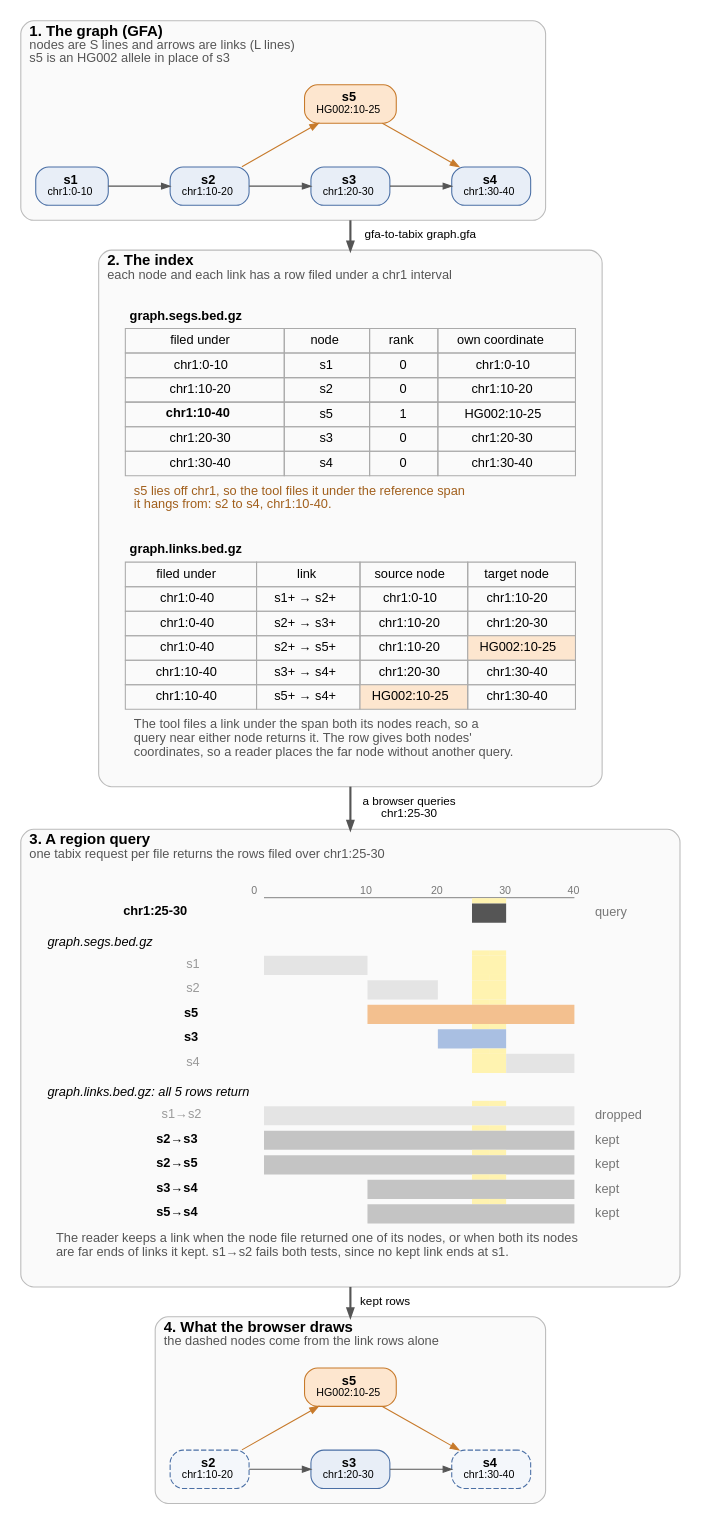
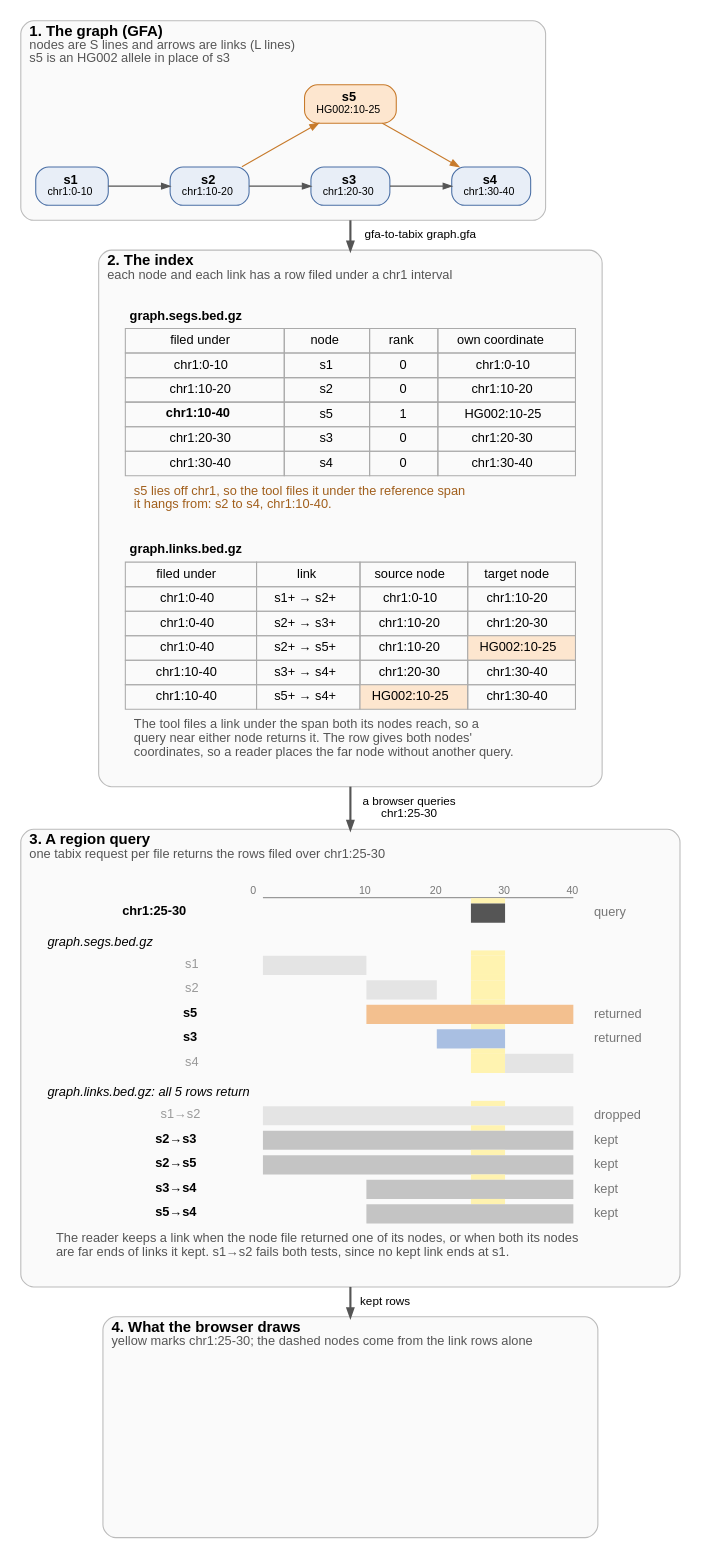
Before and after one commit to GMOD/gfa-to-tabix: the diagram in docs/figures/overview-detail.dot, drawn with Graphviz. The commit also changed 4 other files, not shown here.

```diff
--- a/docs/figures/overview-detail.dot
+++ b/docs/figures/overview-detail.dot
@@ -1,126 +1,117 @@
 // scripts/figures.py fills the marked rows from the tool's output and draws this figure
 digraph overview {
   bgcolor="white"
   fontname="Helvetica"
   newrank=true
   compound=true
   nodesep=0.4
   ranksep=0.55
   node [fontname="Helvetica", fontsize=12, shape=box, style="filled,rounded", fillcolor="#e8eef7", color="#4a6fa5", margin="0.15,0.06"]
   edge [fontname="Helvetica", fontsize=11, color="#555555", arrowsize=0.8]
 
   subgraph {
     graph [labeljust=l, fontsize=14, color="#bbbbbb", style="rounded,filled", fillcolor="#fafafa", margin=14]
 
     subgraph cluster_graph {
       label=<<B>1. The graph (GFA)</B><BR ALIGN="LEFT"/><FONT POINT-SIZE="12" COLOR="#555555">nodes are S lines and arrows are links (L lines)</FONT><BR ALIGN="LEFT"/><FONT POINT-SIZE="12" COLOR="#555555">s5 is an HG002 allele in place of s3</FONT><BR ALIGN="LEFT"/>>
       // begin graph
       s1 [label=<<B>s1</B><BR/><FONT POINT-SIZE="10">chr1:0-10</FONT>>]
       s2 [label=<<B>s2</B><BR/><FONT POINT-SIZE="10">chr1:10-20</FONT>>]
       s3 [label=<<B>s3</B><BR/><FONT POINT-SIZE="10">chr1:20-30</FONT>>]
       s4 [label=<<B>s4</B><BR/><FONT POINT-SIZE="10">chr1:30-40</FONT>>]
       s5 [label=<<B>s5</B><BR/><FONT POINT-SIZE="10">HG002:10-25</FONT>>, fillcolor="#fde6cf", color="#c77a2b"]
       {rank=same; s1; s2; s3; s4}
       s1 -> s2 [weight=20]
       s2 -> s3 [weight=20]
       s2 -> s5 [color="#c77a2b", constraint=false]
       s3 -> s4 [weight=20]
       s5 -> s4 [color="#c77a2b", constraint=false]
       s5 -> s3 [style=invis, weight=20]
       // end graph
     }
 
     subgraph cluster_files {
       label=<<B>2. The index</B><BR ALIGN="LEFT"/><FONT POINT-SIZE="12" COLOR="#555555">each node and each link has a row filed under a chr1 interval</FONT><BR ALIGN="LEFT"/>>
       rows [shape=plaintext, style="", label=<
         <TABLE BORDER="0" CELLBORDER="0" CELLSPACING="0" CELLPADDING="0"><TR><TD><TABLE BORDER="0" CELLBORDER="1" CELLSPACING="0" CELLPADDING="4" COLOR="#aaaaaa">
           <TR><TD COLSPAN="4" BORDER="0" ALIGN="LEFT"><B>graph.segs.bed.gz</B></TD></TR>
           <TR BGCOLOR="#dddddd"><TD>filed under</TD><TD>node</TD><TD>rank</TD><TD>own coordinate</TD></TR>
           <!-- begin segs -->
           <TR BGCOLOR="#e8eef7"><TD>chr1:0-10</TD><TD>s1</TD><TD>0</TD><TD>chr1:0-10</TD></TR>
           <TR BGCOLOR="#e8eef7"><TD>chr1:10-20</TD><TD>s2</TD><TD>0</TD><TD>chr1:10-20</TD></TR>
           <TR BGCOLOR="#fde6cf"><TD><B>chr1:10-40</B></TD><TD>s5</TD><TD>1</TD><TD>HG002:10-25</TD></TR>
           <TR BGCOLOR="#e8eef7"><TD>chr1:20-30</TD><TD>s3</TD><TD>0</TD><TD>chr1:20-30</TD></TR>
           <TR BGCOLOR="#e8eef7"><TD>chr1:30-40</TD><TD>s4</TD><TD>0</TD><TD>chr1:30-40</TD></TR>
           <!-- end segs -->
           <!-- begin segs-caption -->
           <TR><TD BORDER="0" CELLPADDING="8" COLSPAN="4" ALIGN="LEFT" BALIGN="LEFT"><FONT POINT-SIZE="12" COLOR="#a15f1c">s5 lies off chr1, so the tool files it under the reference span<BR/>it hangs from: s2 to s4, chr1:10-40.</FONT></TD></TR>
           <!-- end segs-caption -->
         </TABLE></TD></TR>
         <TR><TD HEIGHT="18"></TD></TR>
         <TR><TD><TABLE BORDER="0" CELLBORDER="1" CELLSPACING="0" CELLPADDING="4" COLOR="#aaaaaa">
           <TR><TD COLSPAN="4" BORDER="0" ALIGN="LEFT"><B>graph.links.bed.gz</B></TD></TR>
           <TR BGCOLOR="#dddddd"><TD>filed under</TD><TD>link</TD><TD>source node</TD><TD>target node</TD></TR>
           <!-- begin links -->
           <TR BGCOLOR="#f2f2f2"><TD>chr1:0-40</TD><TD>s1+ → s2+</TD><TD>chr1:0-10</TD><TD>chr1:10-20</TD></TR>
           <TR BGCOLOR="#f2f2f2"><TD>chr1:0-40</TD><TD>s2+ → s3+</TD><TD>chr1:10-20</TD><TD>chr1:20-30</TD></TR>
           <TR BGCOLOR="#f2f2f2"><TD>chr1:0-40</TD><TD>s2+ → s5+</TD><TD>chr1:10-20</TD><TD BGCOLOR="#fde6cf">HG002:10-25</TD></TR>
           <TR BGCOLOR="#f2f2f2"><TD>chr1:10-40</TD><TD>s3+ → s4+</TD><TD>chr1:20-30</TD><TD>chr1:30-40</TD></TR>
           <TR BGCOLOR="#f2f2f2"><TD>chr1:10-40</TD><TD>s5+ → s4+</TD><TD BGCOLOR="#fde6cf">HG002:10-25</TD><TD>chr1:30-40</TD></TR>
           <!-- end links -->
           <TR><TD COLSPAN="4" BORDER="0" CELLPADDING="8" ALIGN="LEFT" BALIGN="LEFT"><FONT POINT-SIZE="12" COLOR="#555555">The tool files a link under the span both its nodes reach, so a<BR/>query near either node returns it. The row gives both nodes'<BR/>coordinates, so a reader places the far node without another query.</FONT></TD></TR>
         </TABLE></TD></TR></TABLE>>]
     }
 
     subgraph cluster_query {
       label=<<B>3. A region query</B><BR ALIGN="LEFT"/><FONT POINT-SIZE="12" COLOR="#555555">one tabix request per file returns the rows filed over chr1:25-30</FONT><BR ALIGN="LEFT"/>>
       hits [shape=plaintext, style="", label=<
         <TABLE BORDER="0" CELLBORDER="0" CELLSPACING="0" CELLPADDING="0">
           <!-- begin lanes -->
           <TR><TD></TD><TD WIDTH="16"></TD><TD WIDTH="16"></TD><TD WIDTH="16"></TD><TD WIDTH="16"></TD><TD WIDTH="16"></TD><TD WIDTH="16"></TD><TD WIDTH="16"></TD><TD WIDTH="16"></TD><TD WIDTH="16"></TD><TD WIDTH="16"></TD><TD WIDTH="16"></TD><TD WIDTH="16"></TD><TD WIDTH="16"></TD><TD WIDTH="16"></TD><TD WIDTH="16"></TD><TD WIDTH="16"></TD><TD WIDTH="16"></TD><TD WIDTH="16"></TD><TD></TD></TR>
           <TR><TD></TD><TD COLSPAN="2"><FONT POINT-SIZE="10" COLOR="#777777">0</FONT></TD><TD COLSPAN="2"></TD><TD COLSPAN="2"><FONT POINT-SIZE="10" COLOR="#777777">10</FONT></TD><TD COLSPAN="2"></TD><TD COLSPAN="2"><FONT POINT-SIZE="10" COLOR="#777777">20</FONT></TD><TD COLSPAN="2"></TD><TD COLSPAN="2"><FONT POINT-SIZE="10" COLOR="#777777">30</FONT></TD><TD COLSPAN="2"></TD><TD COLSPAN="2"><FONT POINT-SIZE="10" COLOR="#777777">40</FONT></TD><TD></TD></TR>
           <TR><TD HEIGHT="1"></TD><TD></TD><TD COLSPAN="16" BGCOLOR="#999999"></TD><TD></TD><TD></TD></TR>
           <TR><TD HEIGHT="5"></TD><TD></TD><TD></TD><TD></TD><TD></TD><TD></TD><TD></TD><TD></TD><TD></TD><TD></TD><TD></TD><TD></TD><TD BGCOLOR="#fff3b0"></TD><TD BGCOLOR="#fff3b0"></TD><TD></TD><TD></TD><TD></TD><TD></TD><TD></TD><TD></TD></TR>
           <TR><TD ALIGN="RIGHT" HEIGHT="18"><B>chr1:25-30</B>  </TD><TD></TD><TD COLSPAN="10"></TD><TD COLSPAN="2" BGCOLOR="#555555"></TD><TD COLSPAN="4"></TD><TD></TD><TD ALIGN="LEFT"><FONT POINT-SIZE="12" COLOR="#777777">  query</FONT></TD></TR>
           <TR><TD COLSPAN="20" ALIGN="LEFT" HEIGHT="26" VALIGN="BOTTOM"><I>graph.segs.bed.gz</I></TD></TR>
           <TR><TD HEIGHT="5"></TD><TD></TD><TD></TD><TD></TD><TD></TD><TD></TD><TD></TD><TD></TD><TD></TD><TD></TD><TD></TD><TD></TD><TD BGCOLOR="#fff3b0"></TD><TD BGCOLOR="#fff3b0"></TD><TD></TD><TD></TD><TD></TD><TD></TD><TD></TD><TD></TD></TR>
           <TR><TD ALIGN="RIGHT" HEIGHT="18"><FONT COLOR="#999999">s1</FONT>  </TD><TD></TD><TD COLSPAN="4" BGCOLOR="#e4e4e4"></TD><TD COLSPAN="6"></TD><TD COLSPAN="2" BGCOLOR="#fff3b0"></TD><TD COLSPAN="4"></TD><TD></TD><TD ALIGN="LEFT"></TD></TR>
           <TR><TD HEIGHT="5"></TD><TD></TD><TD></TD><TD></TD><TD></TD><TD></TD><TD></TD><TD></TD><TD></TD><TD></TD><TD></TD><TD></TD><TD BGCOLOR="#fff3b0"></TD><TD BGCOLOR="#fff3b0"></TD><TD></TD><TD></TD><TD></TD><TD></TD><TD></TD><TD></TD></TR>
           <TR><TD ALIGN="RIGHT" HEIGHT="18"><FONT COLOR="#999999">s2</FONT>  </TD><TD></TD><TD COLSPAN="4"></TD><TD COLSPAN="4" BGCOLOR="#e4e4e4"></TD><TD COLSPAN="2"></TD><TD COLSPAN="2" BGCOLOR="#fff3b0"></TD><TD COLSPAN="4"></TD><TD></TD><TD ALIGN="LEFT"></TD></TR>
           <TR><TD HEIGHT="5"></TD><TD></TD><TD></TD><TD></TD><TD></TD><TD></TD><TD></TD><TD></TD><TD></TD><TD></TD><TD></TD><TD></TD><TD BGCOLOR="#fff3b0"></TD><TD BGCOLOR="#fff3b0"></TD><TD></TD><TD></TD><TD></TD><TD></TD><TD></TD><TD></TD></TR>
-          <TR><TD ALIGN="RIGHT" HEIGHT="18"><B>s5</B>  </TD><TD></TD><TD COLSPAN="4"></TD><TD COLSPAN="12" BGCOLOR="#f3c08f"></TD><TD></TD><TD ALIGN="LEFT"></TD></TR>
+          <TR><TD ALIGN="RIGHT" HEIGHT="18"><B>s5</B>  </TD><TD></TD><TD COLSPAN="4"></TD><TD COLSPAN="12" BGCOLOR="#f3c08f"></TD><TD></TD><TD ALIGN="LEFT"><FONT POINT-SIZE="12" COLOR="#777777">  returned</FONT></TD></TR>
           <TR><TD HEIGHT="5"></TD><TD></TD><TD></TD><TD></TD><TD></TD><TD></TD><TD></TD><TD></TD><TD></TD><TD></TD><TD></TD><TD></TD><TD BGCOLOR="#fff3b0"></TD><TD BGCOLOR="#fff3b0"></TD><TD></TD><TD></TD><TD></TD><TD></TD><TD></TD><TD></TD></TR>
-          <TR><TD ALIGN="RIGHT" HEIGHT="18"><B>s3</B>  </TD><TD></TD><TD COLSPAN="8"></TD><TD COLSPAN="4" BGCOLOR="#a9bfe2"></TD><TD COLSPAN="4"></TD><TD></TD><TD ALIGN="LEFT"></TD></TR>
+          <TR><TD ALIGN="RIGHT" HEIGHT="18"><B>s3</B>  </TD><TD></TD><TD COLSPAN="8"></TD><TD COLSPAN="4" BGCOLOR="#a9bfe2"></TD><TD COLSPAN="4"></TD><TD></TD><TD ALIGN="LEFT"><FONT POINT-SIZE="12" COLOR="#777777">  returned</FONT></TD></TR>
           <TR><TD HEIGHT="5"></TD><TD></TD><TD></TD><TD></TD><TD></TD><TD></TD><TD></TD><TD></TD><TD></TD><TD></TD><TD></TD><TD></TD><TD BGCOLOR="#fff3b0"></TD><TD BGCOLOR="#fff3b0"></TD><TD></TD><TD></TD><TD></TD><TD></TD><TD></TD><TD></TD></TR>
           <TR><TD ALIGN="RIGHT" HEIGHT="18"><FONT COLOR="#999999">s4</FONT>  </TD><TD></TD><TD COLSPAN="10"></TD><TD COLSPAN="2" BGCOLOR="#fff3b0"></TD><TD COLSPAN="4" BGCOLOR="#e4e4e4"></TD><TD></TD><TD ALIGN="LEFT"></TD></TR>
           <TR><TD COLSPAN="20" ALIGN="LEFT" HEIGHT="26" VALIGN="BOTTOM"><I>graph.links.bed.gz: all 5 rows return</I></TD></TR>
           <TR><TD HEIGHT="5"></TD><TD></TD><TD></TD><TD></TD><TD></TD><TD></TD><TD></TD><TD></TD><TD></TD><TD></TD><TD></TD><TD></TD><TD BGCOLOR="#fff3b0"></TD><TD BGCOLOR="#fff3b0"></TD><TD></TD><TD></TD><TD></TD><TD></TD><TD></TD><TD></TD></TR>
           <TR><TD ALIGN="RIGHT" HEIGHT="18"><FONT COLOR="#999999">s1→s2</FONT>  </TD><TD></TD><TD COLSPAN="16" BGCOLOR="#e4e4e4"></TD><TD></TD><TD ALIGN="LEFT"><FONT POINT-SIZE="12" COLOR="#777777">  dropped</FONT></TD></TR>
           <TR><TD HEIGHT="5"></TD><TD></TD><TD></TD><TD></TD><TD></TD><TD></TD><TD></TD><TD></TD><TD></TD><TD></TD><TD></TD><TD></TD><TD BGCOLOR="#fff3b0"></TD><TD BGCOLOR="#fff3b0"></TD><TD></TD><TD></TD><TD></TD><TD></TD><TD></TD><TD></TD></TR>
           <TR><TD ALIGN="RIGHT" HEIGHT="18"><B>s2→s3</B>  </TD><TD></TD><TD COLSPAN="16" BGCOLOR="#c4c4c4"></TD><TD></TD><TD ALIGN="LEFT"><FONT POINT-SIZE="12" COLOR="#777777">  kept</FONT></TD></TR>
           <TR><TD HEIGHT="5"></TD><TD></TD><TD></TD><TD></TD><TD></TD><TD></TD><TD></TD><TD></TD><TD></TD><TD></TD><TD></TD><TD></TD><TD BGCOLOR="#fff3b0"></TD><TD BGCOLOR="#fff3b0"></TD><TD></TD><TD></TD><TD></TD><TD></TD><TD></TD><TD></TD></TR>
           <TR><TD ALIGN="RIGHT" HEIGHT="18"><B>s2→s5</B>  </TD><TD></TD><TD COLSPAN="16" BGCOLOR="#c4c4c4"></TD><TD></TD><TD ALIGN="LEFT"><FONT POINT-SIZE="12" COLOR="#777777">  kept</FONT></TD></TR>
           <TR><TD HEIGHT="5"></TD><TD></TD><TD></TD><TD></TD><TD></TD><TD></TD><TD></TD><TD></TD><TD></TD><TD></TD><TD></TD><TD></TD><TD BGCOLOR="#fff3b0"></TD><TD BGCOLOR="#fff3b0"></TD><TD></TD><TD></TD><TD></TD><TD></TD><TD></TD><TD></TD></TR>
           <TR><TD ALIGN="RIGHT" HEIGHT="18"><B>s3→s4</B>  </TD><TD></TD><TD COLSPAN="4"></TD><TD COLSPAN="12" BGCOLOR="#c4c4c4"></TD><TD></TD><TD ALIGN="LEFT"><FONT POINT-SIZE="12" COLOR="#777777">  kept</FONT></TD></TR>
           <TR><TD HEIGHT="5"></TD><TD></TD><TD></TD><TD></TD><TD></TD><TD></TD><TD></TD><TD></TD><TD></TD><TD></TD><TD></TD><TD></TD><TD BGCOLOR="#fff3b0"></TD><TD BGCOLOR="#fff3b0"></TD><TD></TD><TD></TD><TD></TD><TD></TD><TD></TD><TD></TD></TR>
           <TR><TD ALIGN="RIGHT" HEIGHT="18"><B>s5→s4</B>  </TD><TD></TD><TD COLSPAN="4"></TD><TD COLSPAN="12" BGCOLOR="#c4c4c4"></TD><TD></TD><TD ALIGN="LEFT"><FONT POINT-SIZE="12" COLOR="#777777">  kept</FONT></TD></TR>
           <!-- end lanes -->
           <!-- begin keep-caption -->
           <TR><TD BORDER="0" CELLPADDING="8" COLSPAN="20" ALIGN="LEFT" BALIGN="LEFT"><FONT POINT-SIZE="12" COLOR="#555555">The reader keeps a link when the node file returned one of its nodes, or when both its nodes<BR/>are far ends of links it kept. s1→s2 fails both tests, since no kept link ends at s1.</FONT></TD></TR>
           <!-- end keep-caption -->
         </TABLE>>]
     }
 
     subgraph cluster_drawn {
-      label=<<B>4. What the browser draws</B><BR ALIGN="LEFT"/><FONT POINT-SIZE="12" COLOR="#555555">the dashed nodes come from the link rows alone</FONT><BR ALIGN="LEFT"/>>
+      label=<<B>4. What the browser draws</B><BR ALIGN="LEFT"/><FONT POINT-SIZE="12" COLOR="#555555">yellow marks chr1:25-30; the dashed nodes come from the link rows alone</FONT><BR ALIGN="LEFT"/>>
       // begin drawn
-      d_s2 [label=<<B>s2</B><BR/><FONT POINT-SIZE="10">chr1:10-20</FONT>>, style="dashed,rounded,filled", fillcolor="#f4f7fb"]
-      d_s3 [label=<<B>s3</B><BR/><FONT POINT-SIZE="10">chr1:20-30</FONT>>]
-      d_s4 [label=<<B>s4</B><BR/><FONT POINT-SIZE="10">chr1:30-40</FONT>>, style="dashed,rounded,filled", fillcolor="#f4f7fb"]
-      d_s5 [label=<<B>s5</B><BR/><FONT POINT-SIZE="10">HG002:10-25</FONT>>, fillcolor="#fde6cf", color="#c77a2b"]
-      {rank=same; d_s2; d_s3; d_s4}
-      d_s2 -> d_s3 [weight=20]
-      d_s2 -> d_s5 [color="#c77a2b", constraint=false]
-      d_s3 -> d_s4 [weight=20]
-      d_s5 -> d_s4 [color="#c77a2b", constraint=false]
-      d_s5 -> d_s3 [style=invis, weight=20]
+      drawn [shape=box, style="", color=transparent, label="", fixedsize=true, width=5.29, height=2.02]
       // end drawn
     }
   }
 
   // begin arrows
   s3 -> rows [ltail=cluster_graph, lhead=cluster_files, label="  gfa-to-tabix graph.gfa", penwidth=2]
   rows -> hits [ltail=cluster_files, lhead=cluster_query, label="  a browser queries\n  chr1:25-30", penwidth=2]
-  hits -> d_s5 [ltail=cluster_query, lhead=cluster_drawn, label="  kept rows", penwidth=2]
+  hits -> drawn [ltail=cluster_query, lhead=cluster_drawn, label="  kept rows", penwidth=2]
   // end arrows
 }
```
